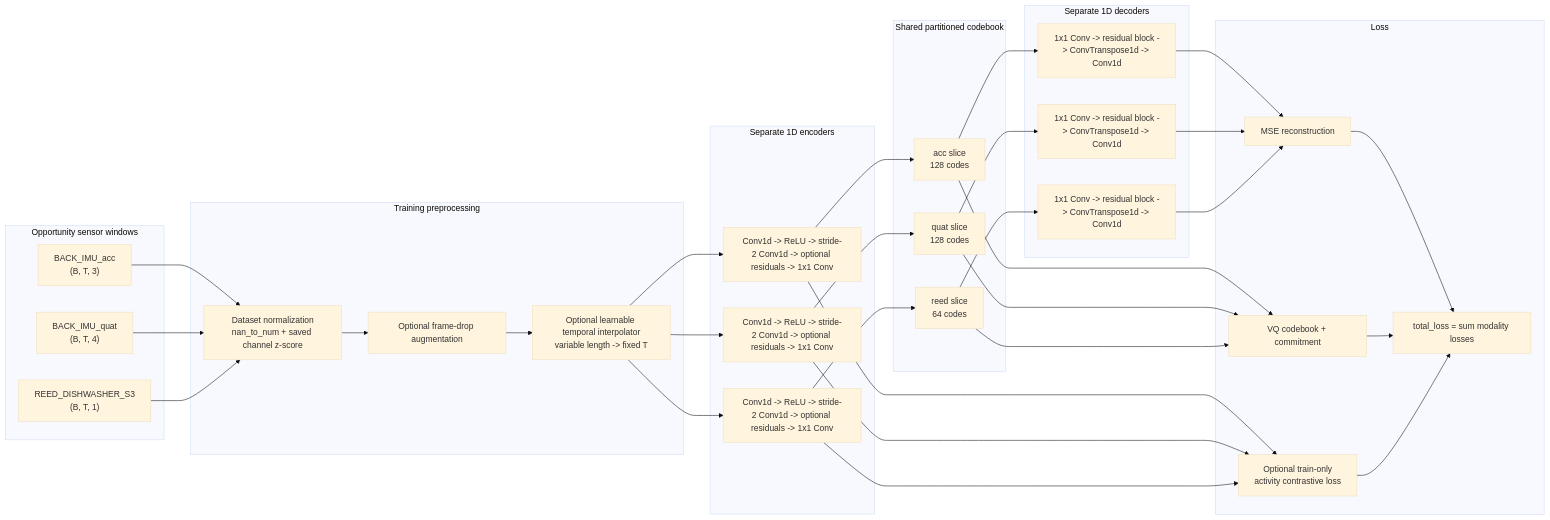
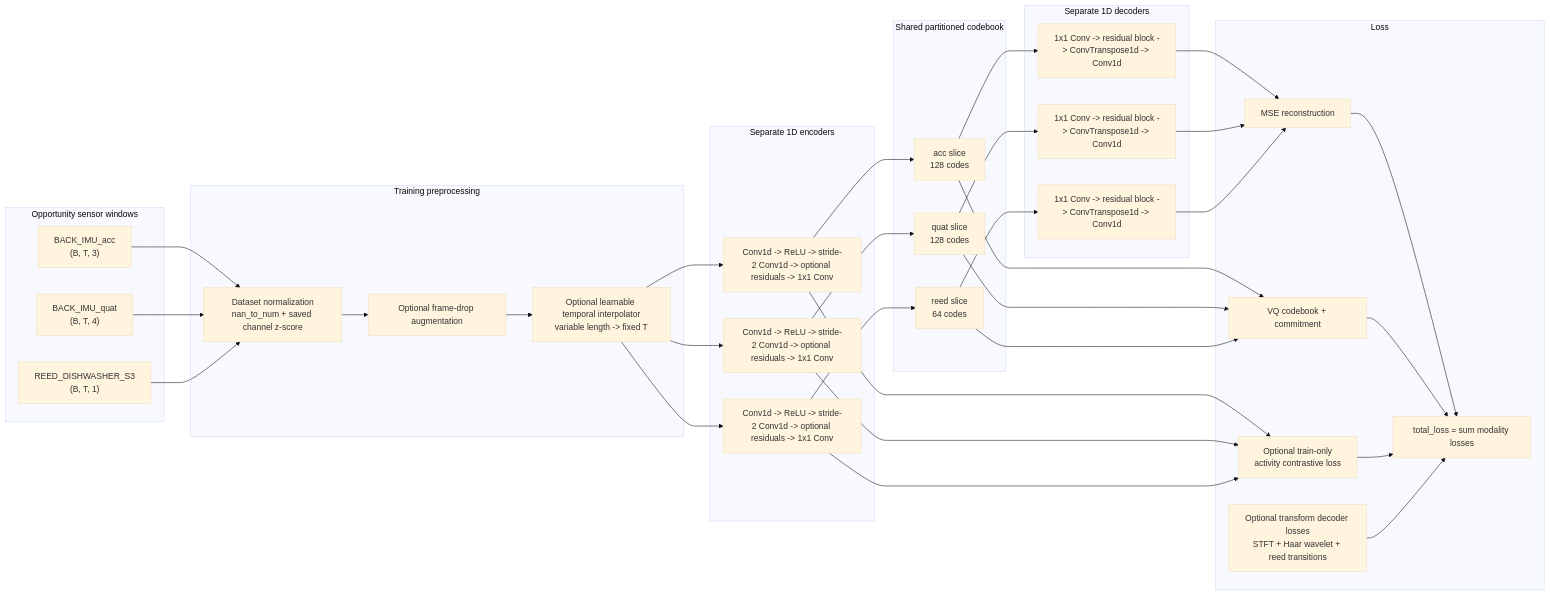
One commit to lalasray/DistriXSense changed the diagram in docs/vqvae_architecture.md. Above: the diagram before and after it, drawn with Mermaid (base theme). The commit also changed other lines of this file and 4 other files, not shown here.

````diff
--- a/docs/vqvae_architecture.md
+++ b/docs/vqvae_architecture.md
@@ -5,56 +5,58 @@
 ```mermaid
 flowchart LR
     subgraph Inputs["Opportunity sensor windows"]
         A["BACK_IMU_acc<br/>(B, T, 3)"]
         Q["BACK_IMU_quat<br/>(B, T, 4)"]
         R["REED_DISHWASHER_S3<br/>(B, T, 1)"]
     end
 
     subgraph Prep["Training preprocessing"]
         N["Dataset normalization<br/>nan_to_num + saved channel z-score"]
         D["Optional frame-drop augmentation"]
         I["Optional learnable temporal interpolator<br/>variable length -> fixed T"]
     end
 
     subgraph Encoders["Separate 1D encoders"]
         EA["Conv1d -> ReLU -> stride-2 Conv1d -> optional residuals -> 1x1 Conv"]
         EQ["Conv1d -> ReLU -> stride-2 Conv1d -> optional residuals -> 1x1 Conv"]
         ER["Conv1d -> ReLU -> stride-2 Conv1d -> optional residuals -> 1x1 Conv"]
     end
 
     subgraph Quantizer["Shared partitioned codebook"]
         CA["acc slice<br/>128 codes"]
         CQ["quat slice<br/>128 codes"]
         CR["reed slice<br/>64 codes"]
     end
 
     subgraph Decoders["Separate 1D decoders"]
         DA["1x1 Conv -> residual block -> ConvTranspose1d -> Conv1d"]
         DQ["1x1 Conv -> residual block -> ConvTranspose1d -> Conv1d"]
         DR["1x1 Conv -> residual block -> ConvTranspose1d -> Conv1d"]
     end
 
     subgraph Loss["Loss"]
         LA["MSE reconstruction"]
         LQ["VQ codebook + commitment"]
         LC["Optional train-only<br/>activity contrastive loss"]
+        LF["Optional transform decoder losses<br/>STFT + Haar wavelet + reed transitions"]
         LT["total_loss = sum modality losses"]
     end
 
     A --> N
     Q --> N
     R --> N
     N --> D --> I
     I --> EA --> CA --> DA --> LA
     I --> EQ --> CQ --> DQ --> LA
     I --> ER --> CR --> DR --> LA
     EA --> LC
     EQ --> LC
     ER --> LC
     CA --> LQ
     CQ --> LQ
     CR --> LQ
     LA --> LT
     LQ --> LT
     LC --> LT
+    LF --> LT
 ```
````
